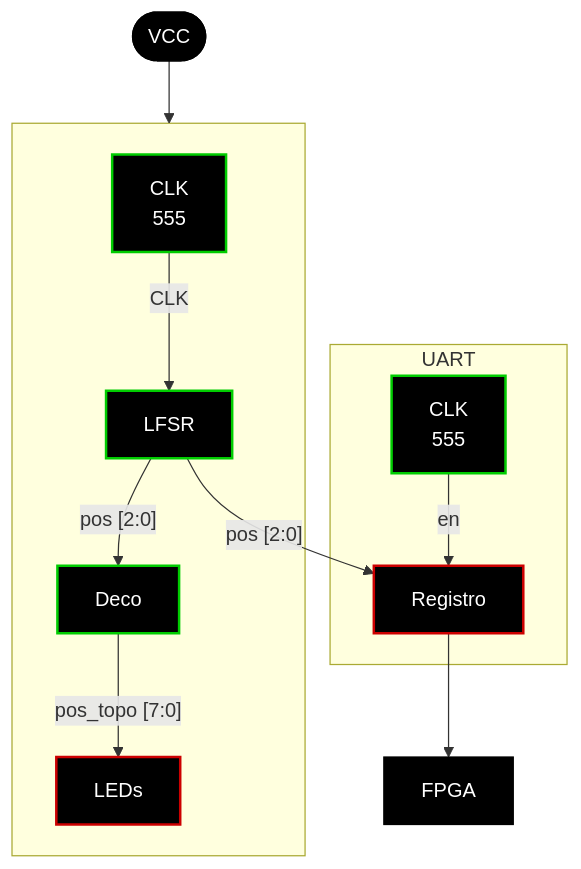
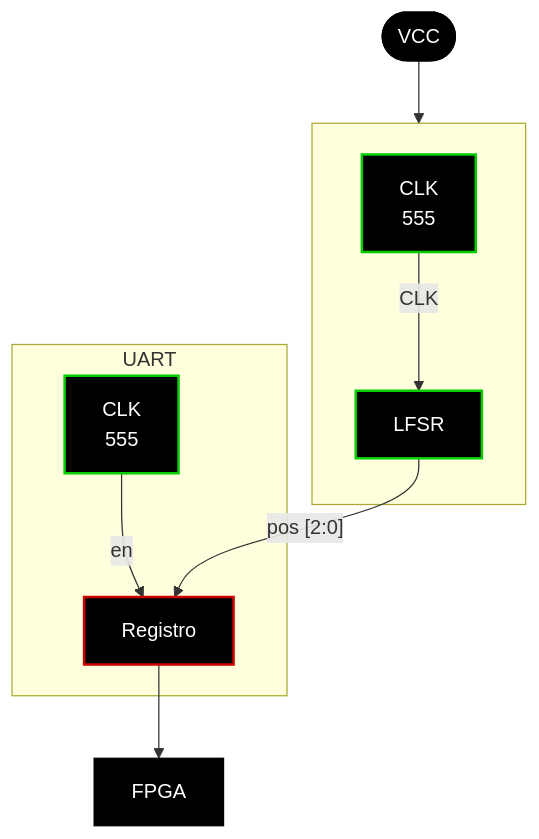
Before and after one commit to Taller-de-diseno-digital-GR01/Proyecto-1-Whack-a-mole: the diagram in Diagramas/diagrama_lfsr_uart.mermaid, drawn with Mermaid.

Commit message:
Diagrama de tercer nivel para UART actualizado

```diff
--- a/Diagramas/diagrama_lfsr_uart.mermaid
+++ b/Diagramas/diagrama_lfsr_uart.mermaid
@@ -1,32 +1,28 @@
 flowchart TD
     VCC(["VCC"])
 
     subgraph GEN[" "]
         CLK1["CLK<br/>555"]
         LFSR["LFSR"]
-        DECO["Deco"]
-        LEDS["LEDs"]
 
         CLK1 -->|CLK| LFSR
-        LFSR -->|"pos [2:0]"| DECO
-        DECO -->|"pos_topo [7:0]"| LEDS
     end
 
     subgraph UART["UART"]
         CLK2["CLK<br/>555"]
         REG["Registro"]
 
         CLK2 -->|"en"| REG
     end
 
     VCC --> GEN
     LFSR -->|"pos [2:0]"| REG
     REG --> FPGA["FPGA"]
 
     classDef verde fill:#000,stroke:#0c0,stroke-width:2px,color:#fff
     classDef rojo fill:#000,stroke:#c00,stroke-width:2px,color:#fff
     classDef libre fill:#000,stroke:#000,color:#fff
 
-    class CLK1,CLK2,LFSR,DECO verde
-    class LEDS,REG rojo
+    class CLK1,CLK2,LFSR verde
+    class REG rojo
     class VCC,FPGA libre
```
